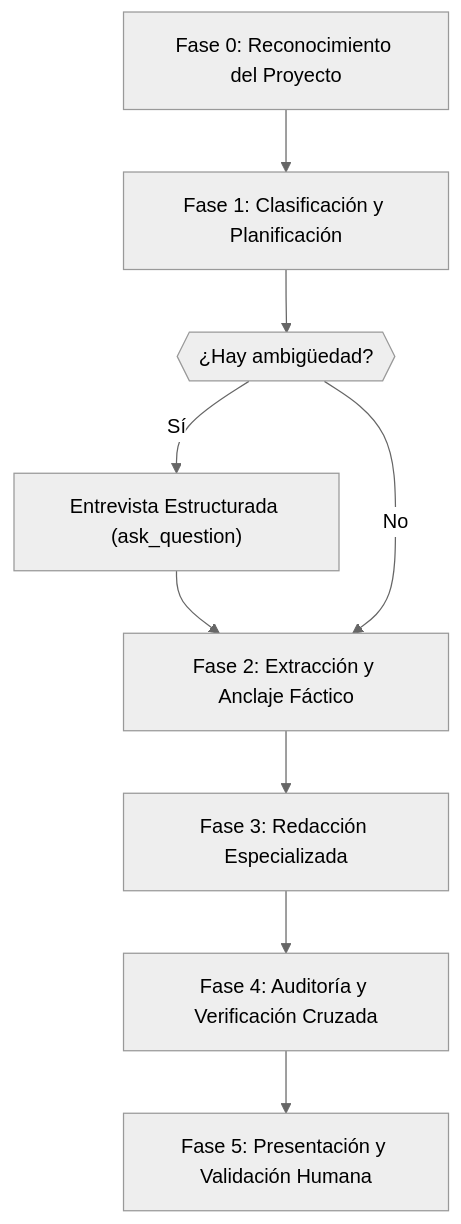
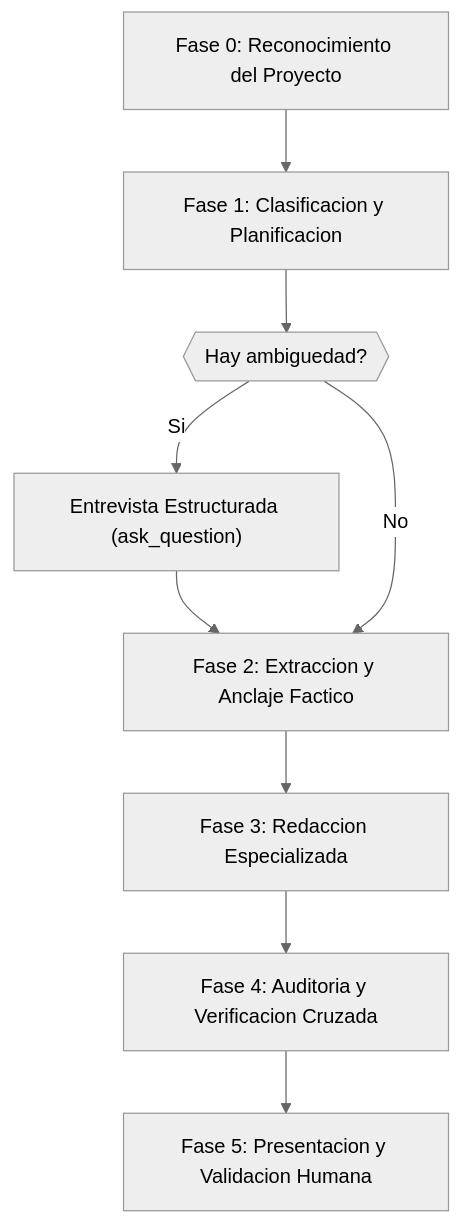
One commit to EdwinDragusin/agent-core-skills changed the diagram in skills/docs-governance-mastery/references/workflow-6-fases.md. Above: the diagram before and after it, drawn with Mermaid (neutral theme). The commit also changed other lines of this file and 89 other files, not shown here.

````diff
--- a/skills/docs-governance-mastery/references/workflow-6-fases.md
+++ b/skills/docs-governance-mastery/references/workflow-6-fases.md
@@ -9,11 +9,11 @@
 ```mermaid
 flowchart TD
-    F0["Fase 0: Reconocimiento del Proyecto"] --> F1["Fase 1: Clasificación y Planificación"]
-    F1 --> CL{{"¿Hay ambigüedad?"}}
-    CL -- Sí --> GR["Entrevista Estructurada (ask_question)"]
+    F0["Fase 0: Reconocimiento del Proyecto"] --> F1["Fase 1: Clasificacion y Planificacion"]
+    F1 --> CL{{"Hay ambiguedad?"}}
+    CL -- Si --> GR["Entrevista Estructurada (ask_question)"]
     GR --> F2
-    CL -- No --> F2["Fase 2: Extracción y Anclaje Fáctico"]
-    F2 --> F3["Fase 3: Redacción Especializada"]
-    F3 --> F4["Fase 4: Auditoría y Verificación Cruzada"]
-    F4 --> F5["Fase 5: Presentación y Validación Humana"]
+    CL -- No --> F2["Fase 2: Extraccion y Anclaje Factico"]
+    F2 --> F3["Fase 3: Redaccion Especializada"]
+    F3 --> F4["Fase 4: Auditoria y Verificacion Cruzada"]
+    F4 --> F5["Fase 5: Presentacion y Validacion Humana"]
 ```
````
